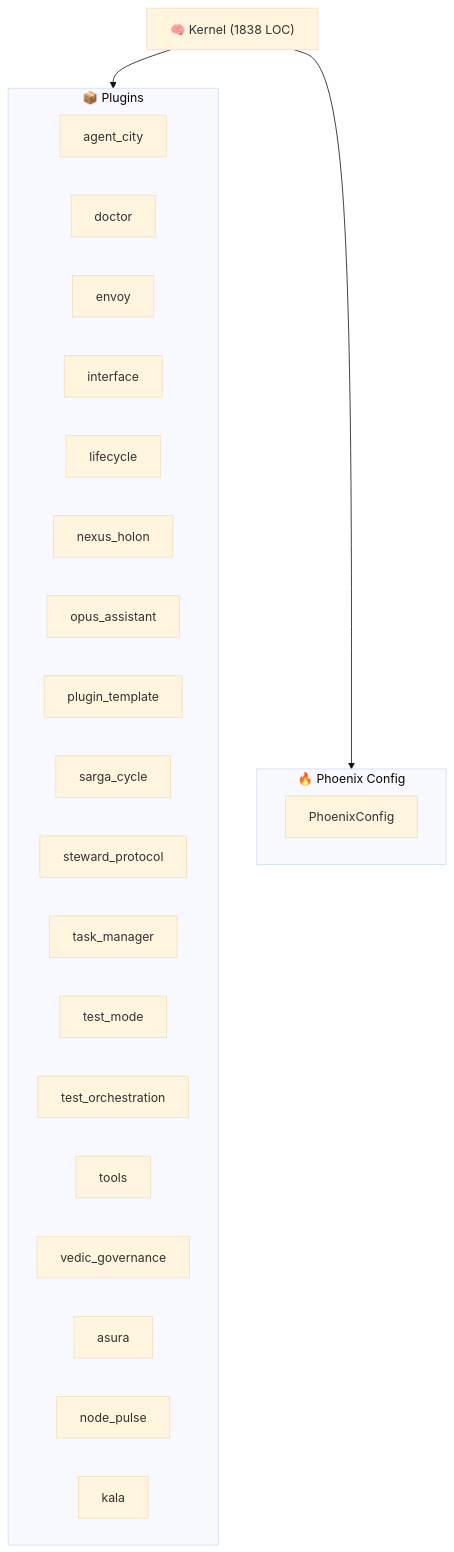
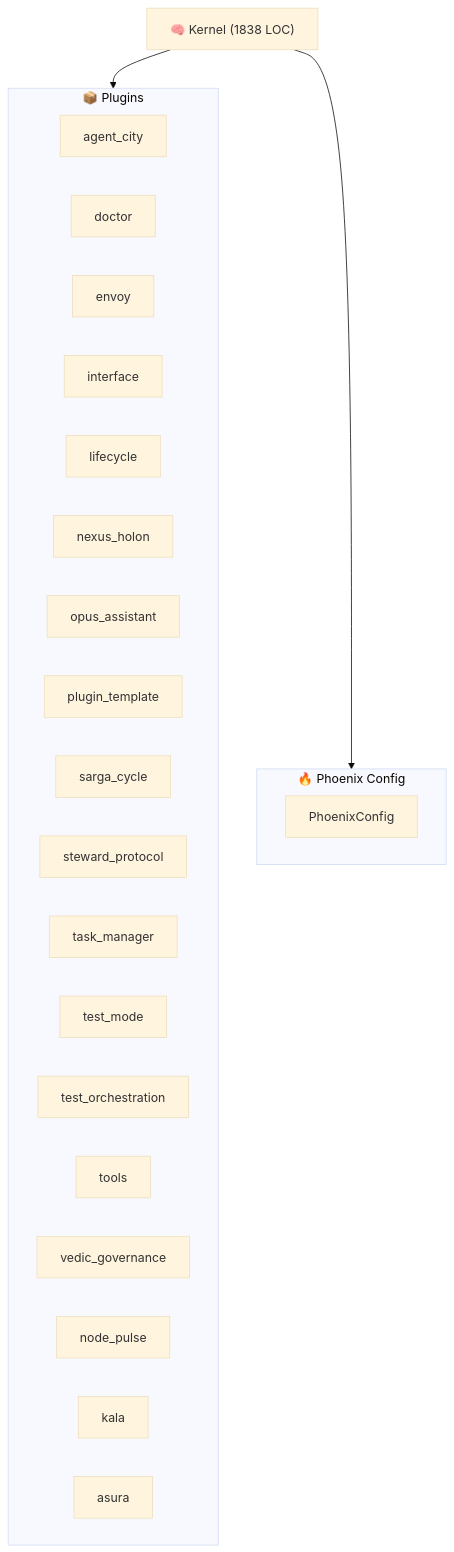
The diagram in ARCHITECTURE.md (kimeisele/steward-protocol), drawn with Mermaid (base theme) before and after one commit. The commit also changed other lines of this file and 5 other files, not shown here.

````diff
--- a/ARCHITECTURE.md
+++ b/ARCHITECTURE.md
@@ -8,29 +8,29 @@
 ```mermaid
 graph TB
     K["🧠 Kernel (1838 LOC)"]
     subgraph Plugins["📦 Plugins"]
         P_agent_city["agent_city"]
         P_doctor["doctor"]
         P_envoy["envoy"]
         P_interface["interface"]
         P_lifecycle["lifecycle"]
         P_nexus_holon["nexus_holon"]
         P_opus_assistant["opus_assistant"]
         P_plugin_template["plugin_template"]
         P_sarga_cycle["sarga_cycle"]
         P_steward_protocol["steward_protocol"]
         P_task_manager["task_manager"]
         P_test_mode["test_mode"]
         P_test_orchestration["test_orchestration"]
         P_tools["tools"]
         P_vedic_governance["vedic_governance"]
-        P_asura["asura"]
         P_node_pulse["node_pulse"]
         P_kala["kala"]
+        P_asura["asura"]
     end
     K --> Plugins
     subgraph Config["🔥 Phoenix Config"]
         PC[PhoenixConfig]
     end
     K --> Config
 ```
````
